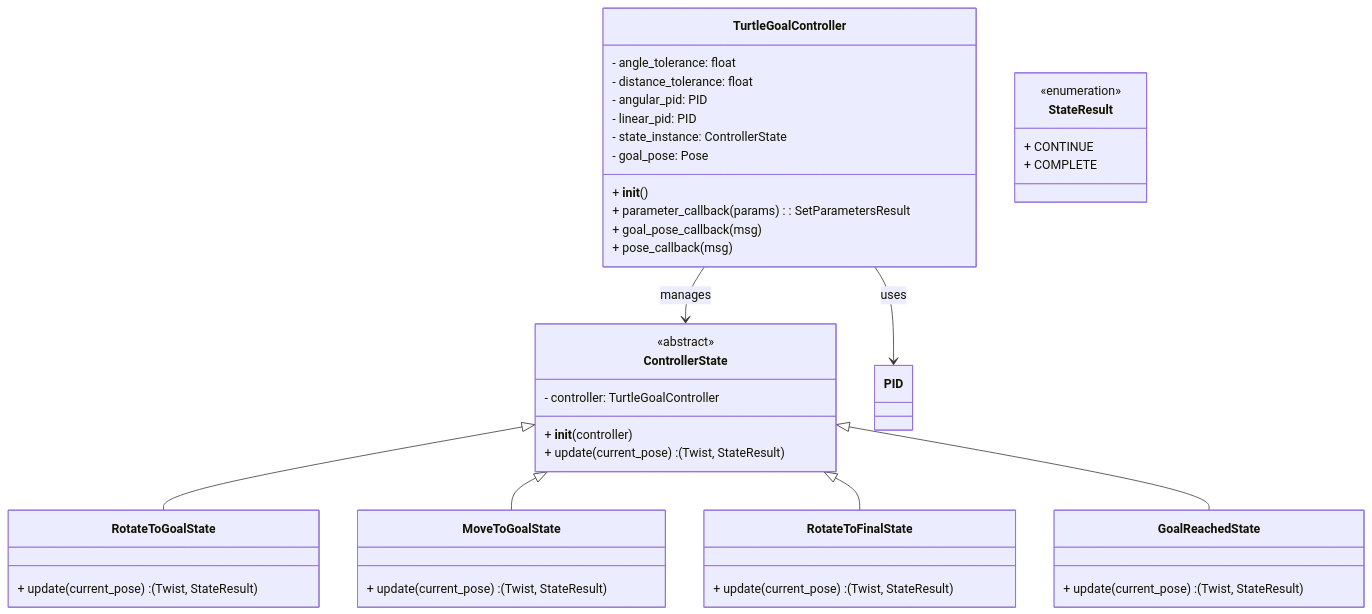
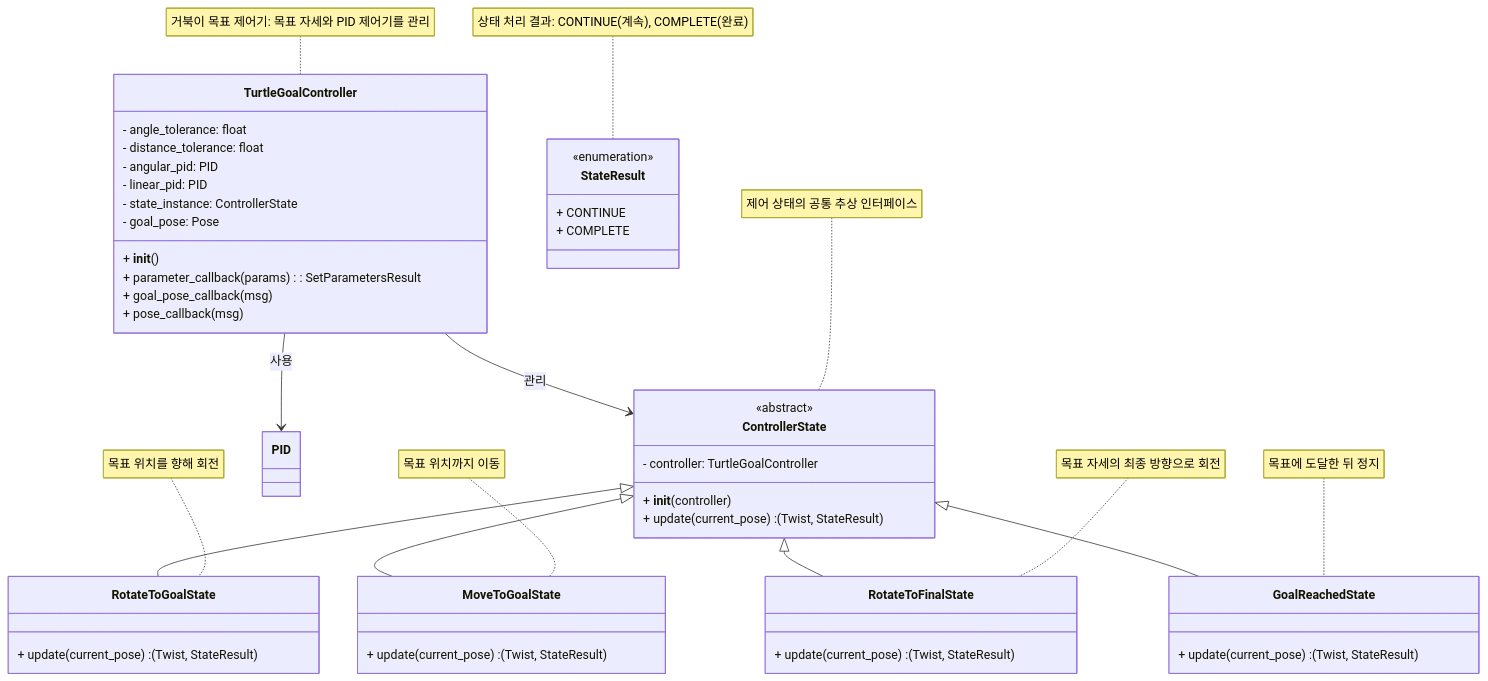
The diagram in ubuntu_practice/ros2_ws/src/controller_tutorials/UML/state_diagram_move_turtle_statemachine.mermaid (slihump/ros2_lecture), drawn with Mermaid before and after one commit. The commit also changed 7 other files, not shown here.

```diff
--- a/ubuntu_practice/ros2_ws/src/controller_tutorials/UML/state_diagram_move_turtle_statemachine.mermaid
+++ b/ubuntu_practice/ros2_ws/src/controller_tutorials/UML/state_diagram_move_turtle_statemachine.mermaid
@@ -1,43 +1,51 @@
 classDiagram
     class TurtleGoalController {
         - angle_tolerance: float
         - distance_tolerance: float
         - angular_pid: PID
         - linear_pid: PID
         - state_instance: ControllerState
         - goal_pose: Pose
         + __init__()
         + parameter_callback(params) : SetParametersResult
         + goal_pose_callback(msg)
         + pose_callback(msg)
     }
     class ControllerState {
         <<abstract>>
         - controller: TurtleGoalController
         + __init__(controller)
         + update(current_pose) : (Twist, StateResult)
     }
     class RotateToGoalState {
         + update(current_pose) : (Twist, StateResult)
     }
     class MoveToGoalState {
         + update(current_pose) : (Twist, StateResult)
     }
     class RotateToFinalState {
         + update(current_pose) : (Twist, StateResult)
     }
     class GoalReachedState {
         + update(current_pose) : (Twist, StateResult)
     }
     class StateResult {
         <<enumeration>>
         + CONTINUE
         + COMPLETE
     }
     
-    TurtleGoalController --> PID : uses
-    TurtleGoalController --> ControllerState : manages
+    TurtleGoalController --> PID : 사용
+    TurtleGoalController --> ControllerState : 관리
     ControllerState <|-- RotateToGoalState
     ControllerState <|-- MoveToGoalState
     ControllerState <|-- RotateToFinalState
     ControllerState <|-- GoalReachedState
+
+    note for TurtleGoalController "거북이 목표 제어기: 목표 자세와 PID 제어기를 관리"
+    note for ControllerState "제어 상태의 공통 추상 인터페이스"
+    note for RotateToGoalState "목표 위치를 향해 회전"
+    note for MoveToGoalState "목표 위치까지 이동"
+    note for RotateToFinalState "목표 자세의 최종 방향으로 회전"
+    note for GoalReachedState "목표에 도달한 뒤 정지"
+    note for StateResult "상태 처리 결과: CONTINUE(계속), COMPLETE(완료)"
```
